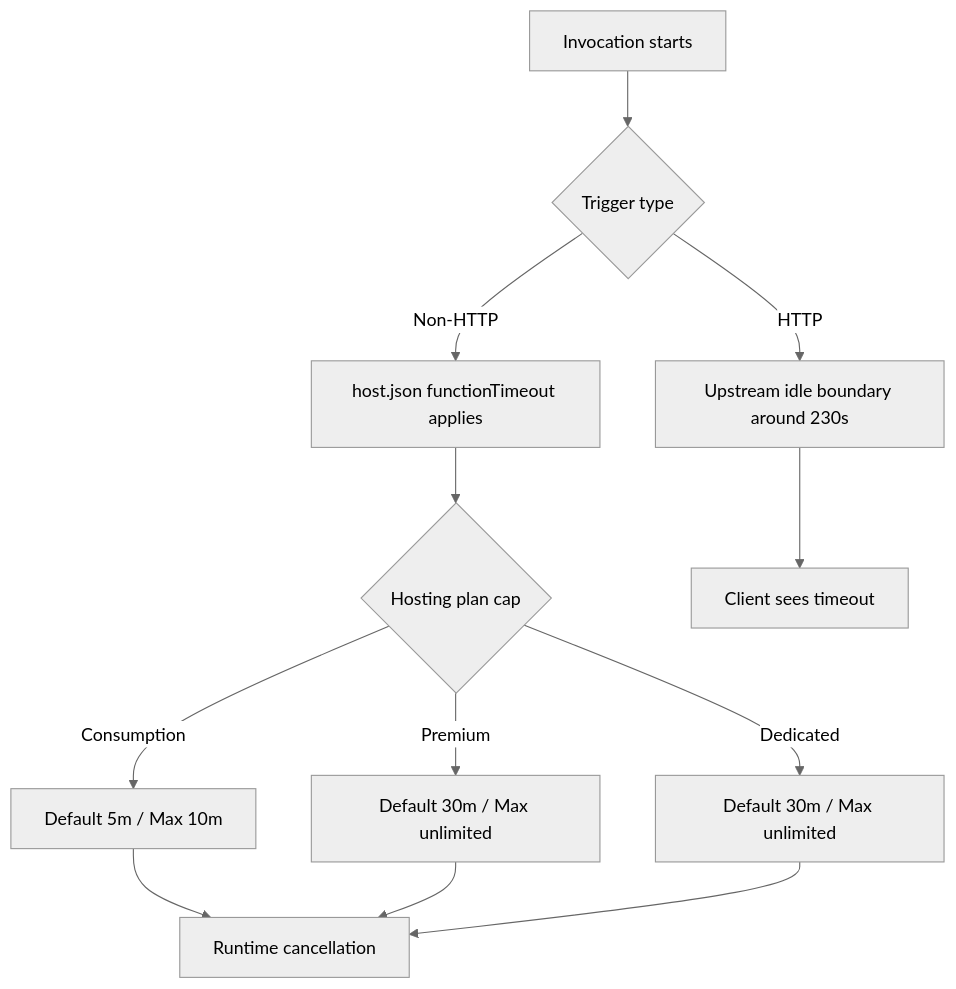
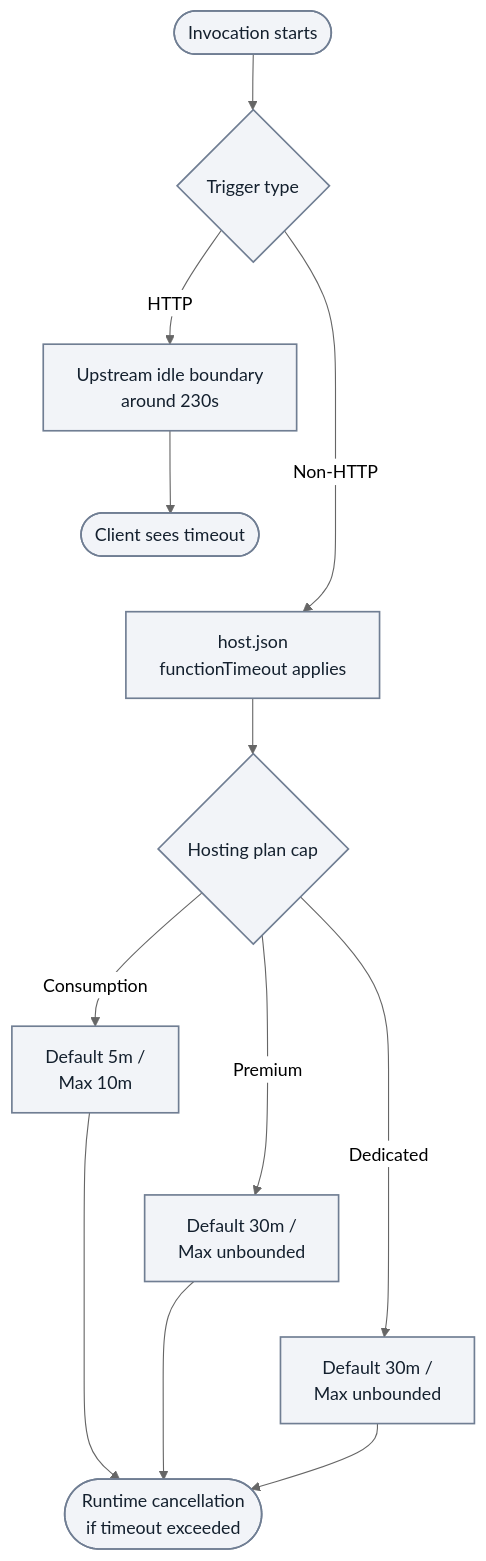
One commit to yeongseon/azure-functions-practical-guide changed the third of 3 diagrams in docs/troubleshooting/playbooks/triggers/timeout-execution-limit.md. Above: the diagram before and after it, drawn with Mermaid (neutral theme). The commit also changed other lines of this file and 2 other files, not shown here.

First line of the commit message:
docs(diagrams): migrate Functions playbooks triggers — event hub service bus lag and timeout execution limit (#447)

````diff
--- a/docs/troubleshooting/playbooks/triggers/timeout-execution-limit.md
+++ b/docs/troubleshooting/playbooks/triggers/timeout-execution-limit.md
@@ -338,14 +358,22 @@
 ```mermaid
 flowchart TD
-    A[Invocation starts] --> B{Trigger type}
-    B -->|HTTP| C[Upstream idle boundary around 230s]
-    B -->|Non-HTTP| D[host.json functionTimeout applies]
-    D --> E{Hosting plan cap}
-    E -->|Consumption| F["Default 5m / Max 10m"]
-    E -->|Premium| G["Default 30m / Max unlimited"]
-    E -->|Dedicated| H["Default 30m / Max unlimited"]
-    C --> I[Client sees timeout]
-    F --> J[Runtime cancellation]
+    accTitle: HTTP response and function execution timeout boundaries
+    accDescr: HTTP response timeout and non-HTTP execution settings are distinct diagnostic paths, not exclusive constraints. The three original plan branches retain their defaults and maxima. Runtime cancellation means a configured finite execution timeout was exceeded, not that an unbounded setting guarantees uninterrupted execution. The adjacent key includes Flex Consumption and lifecycle qualifications.
+    A(["Invocation starts"]) --> B{"Trigger type"}
+    B -->|HTTP| C["Upstream idle boundary<br/>around 230s"]
+    B -->|Non-HTTP| D["host.json<br/>functionTimeout applies"]
+    D --> E{"Hosting plan cap"}
+    E -->|Consumption| F["Default 5m /<br/>Max 10m"]
+    E -->|Premium| G["Default 30m /<br/>Max unbounded"]
+    E -->|Dedicated| H["Default 30m /<br/>Max unbounded"]
+    C --> I(["Client sees timeout"])
+    F --> J(["Runtime cancellation<br/>if timeout exceeded"])
     G --> J
     H --> J
+    %% Layout-only links serialize alternatives; they add no runtime steps or arrows.
+    I ~~~ D
+    F ~~~ G
+    G ~~~ H
+    classDef neutral fill:#f2f4f8,stroke:#707e93,stroke-width:1.5px,color:#14202e;
+    class A,B,C,D,E,F,G,H,I,J neutral;
 ```
````
